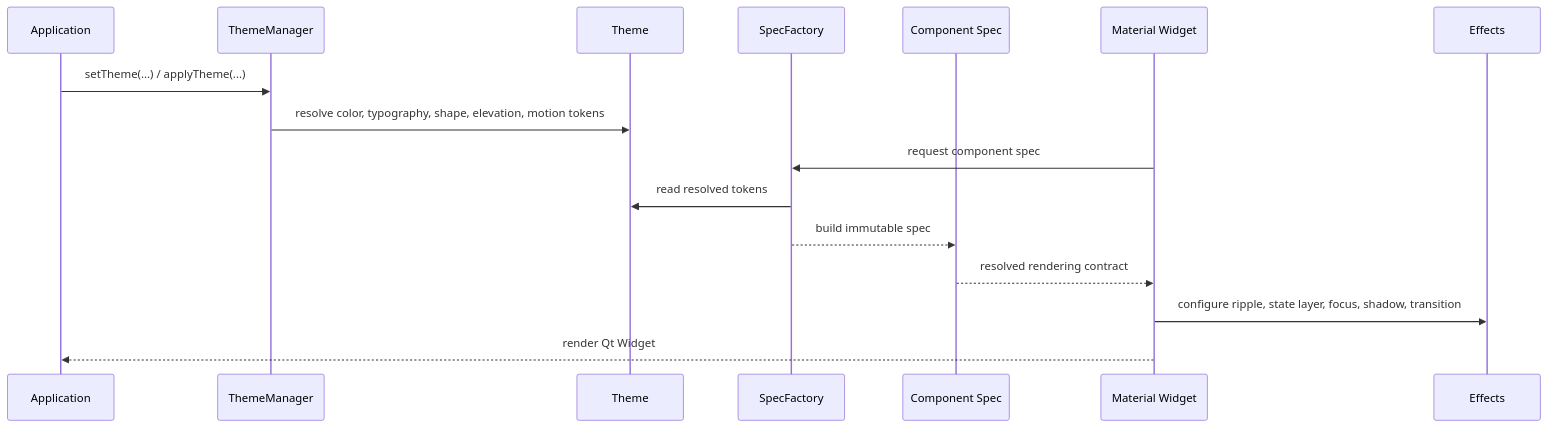
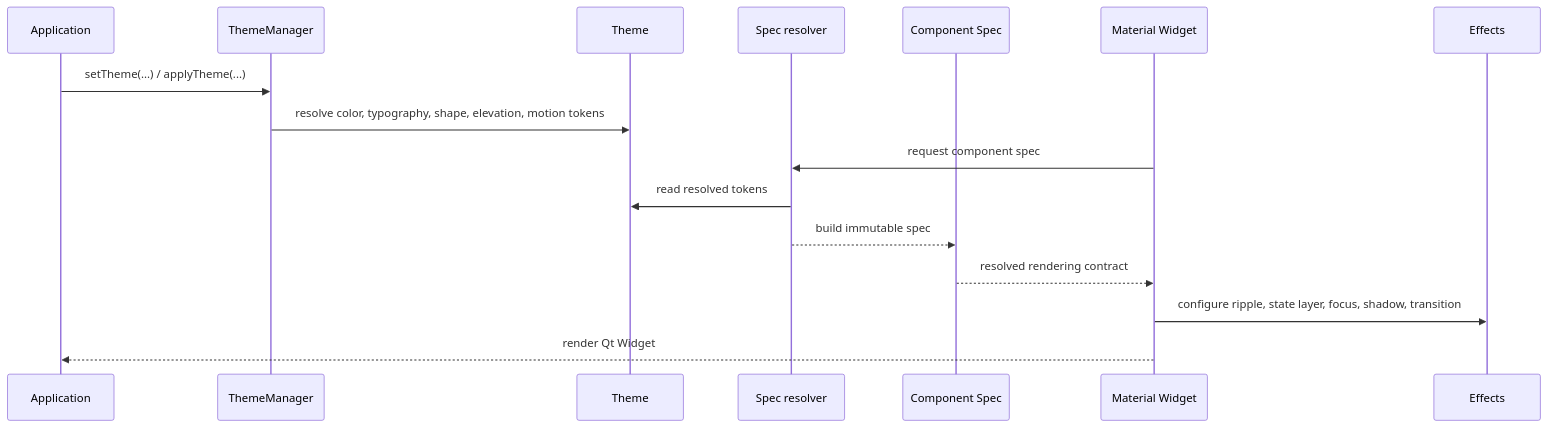
The second of 2 diagrams in docs/architecture/01-overview.md (faudard/qt-material3-widget), drawn with Mermaid before and after one commit. The commit also changed other lines of this file and 31 other files, not shown here.

````diff
--- a/docs/architecture/01-overview.md
+++ b/docs/architecture/01-overview.md
@@ -82,19 +82,19 @@
 ```mermaid
 sequenceDiagram
     participant App as Application
     participant Manager as ThemeManager
     participant Theme as Theme
-    participant Factory as SpecFactory
+    participant Resolver as Spec resolver
     participant Spec as Component Spec
     participant Widget as Material Widget
     participant Effects as Effects
 
     App->>Manager: setTheme(...) / applyTheme(...)
     Manager->>Theme: resolve color, typography, shape, elevation, motion tokens
-    Widget->>Factory: request component spec
-    Factory->>Theme: read resolved tokens
-    Factory-->>Spec: build immutable spec
+    Widget->>Resolver: request component spec
+    Resolver->>Theme: read resolved tokens
+    Resolver-->>Spec: build immutable spec
     Spec-->>Widget: resolved rendering contract
     Widget->>Effects: configure ripple, state layer, focus, shadow, transition
     Widget-->>App: render Qt Widget
 ```
````
